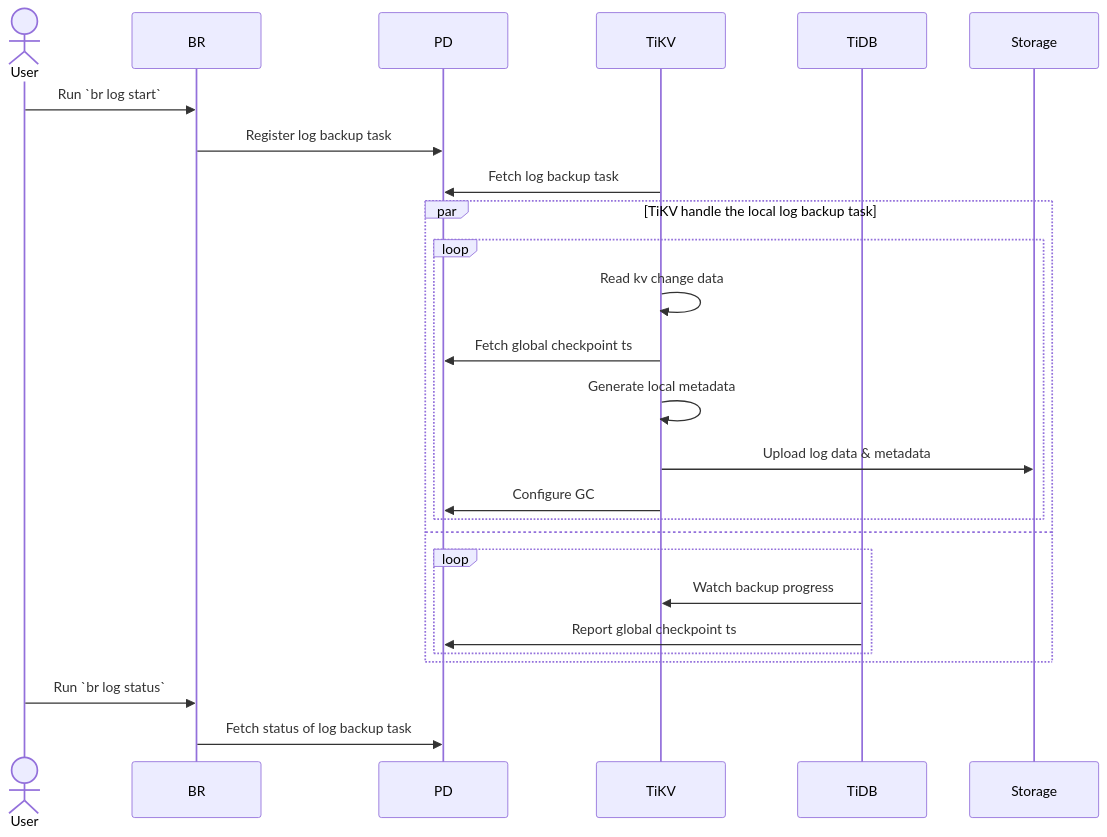
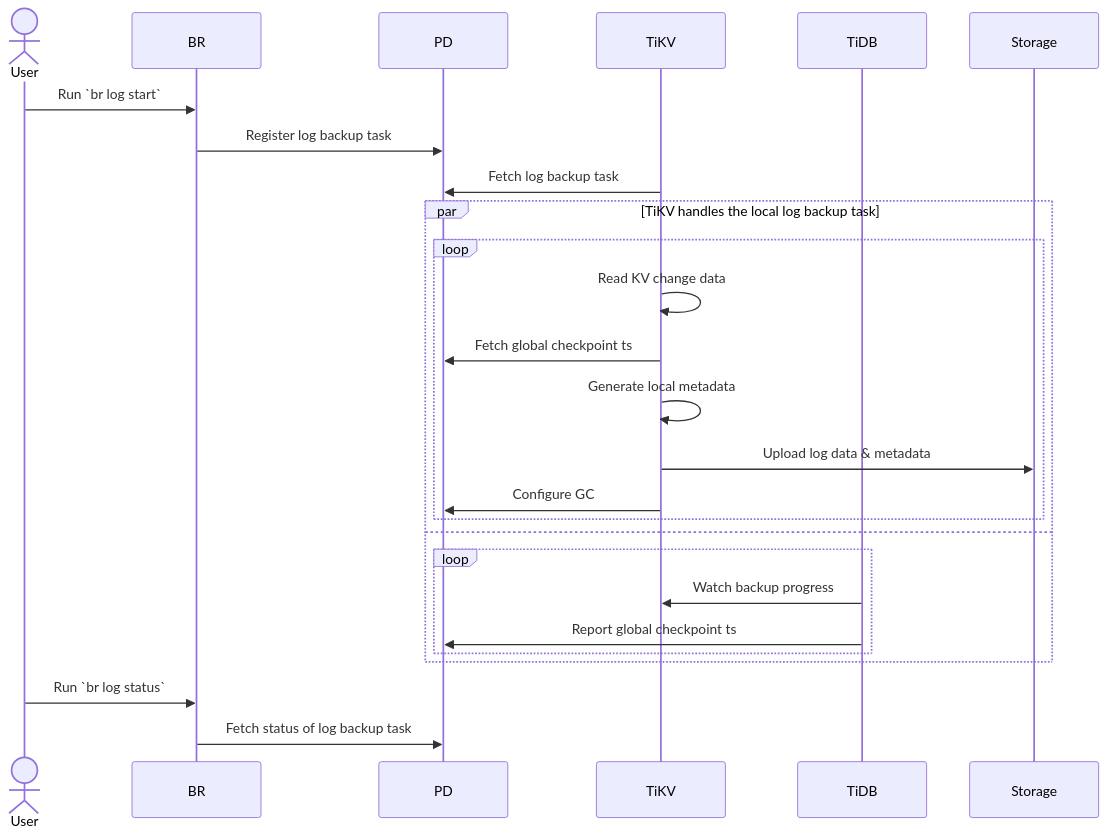
The first of 2 diagrams in br/br-log-architecture.md (pingcap/docs), drawn with Mermaid before and after one commit. The commit also changed other lines of this file and 2 other files, not shown here.

````diff
--- a/br/br-log-architecture.md
+++ b/br/br-log-architecture.md
@@ -20,29 +20,29 @@
 ```mermaid
 sequenceDiagram
     actor User
     participant BR
     participant PD
     participant TiKV
     participant TiDB
     participant Storage
 
     User->>BR: Run `br log start`
     BR->>PD: Register log backup task
     TiKV->>PD: Fetch log backup task
-    par TiKV handle the local log backup task
+    par TiKV handles the local log backup task
         loop
-            TiKV->>TiKV: Read kv change data
+            TiKV->>TiKV: Read KV change data
             TiKV->>PD: Fetch global checkpoint ts
             TiKV->>TiKV: Generate local metadata
             TiKV->>Storage: Upload log data & metadata
             TiKV->>PD: Configure GC
         end
     and
         loop
             TiDB->>TiKV: Watch backup progress
             TiDB->>PD: Report global checkpoint ts
         end
     end
     User->>BR: Run `br log status`
     BR->>PD: Fetch status of log backup task
 ```
````
